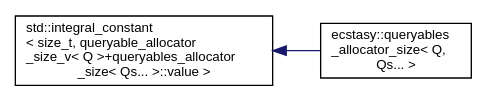
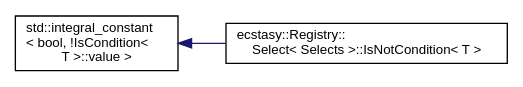
One commit to AndreasLrx/ecstasy changed the diagram in inherit_graph_72.dot. Above: the diagram before and after it, drawn with Graphviz. The commit also changed 398 other files, not shown here.

```diff
--- a/inherit_graph_72.dot
+++ b/inherit_graph_72.dot
@@ -1,10 +1,10 @@
 digraph "Graphical Class Hierarchy"
 {
  // LATEX_PDF_SIZE
   edge [fontname="Helvetica",fontsize="10",labelfontname="Helvetica",labelfontsize="10"];
   node [fontname="Helvetica",fontsize="10",shape=record];
   rankdir="LR";
-  Node0 [label="std::integral_constant\l\< size_t, queryable_allocator\l_size_v\< Q \>+queryables_allocator\l_size\< Qs... \>::value \>",height=0.2,width=0.4,color="black", fillcolor="white", style="filled",URL="/home/runner/work/ecstasy/ecstasy/doc/external/cppreference-doxygen-web.tag.xml$cpp/types/integral_constant.html",tooltip=" "];
+  Node0 [label="std::integral_constant\l\< bool, !IsCondition\<\l T \>::value \>",height=0.2,width=0.4,color="black", fillcolor="white", style="filled",URL="/home/runner/work/ecstasy/ecstasy/doc/external/cppreference-doxygen-web.tag.xml$cpp/types/integral_constant.html",tooltip=" "];
   Node0 -> Node1 [dir="back",color="midnightblue",fontsize="10",style="solid",fontname="Helvetica"];
-  Node1 [label="ecstasy::queryables\l_allocator_size\< Q,\l Qs... \>",height=0.2,width=0.4,color="black", fillcolor="white", style="filled",URL="$structecstasy_1_1queryables__allocator__size_3_01_q_00_01_qs_8_8_8_01_4.html",tooltip="Get the allocator required size for a list of queryables."];
+  Node1 [label="ecstasy::Registry::\lSelect\< Selects \>::IsNotCondition\< T \>",height=0.2,width=0.4,color="black", fillcolor="white", style="filled",URL="$structecstasy_1_1_registry_1_1_select_1_1_is_not_condition.html",tooltip="Test whether a given type is not a condition."];
 }
```
